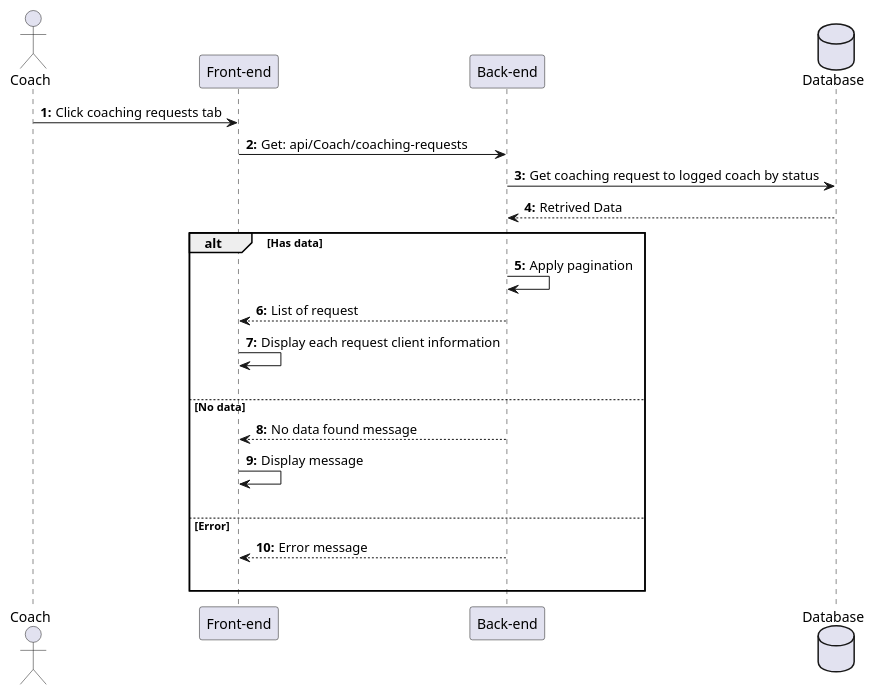
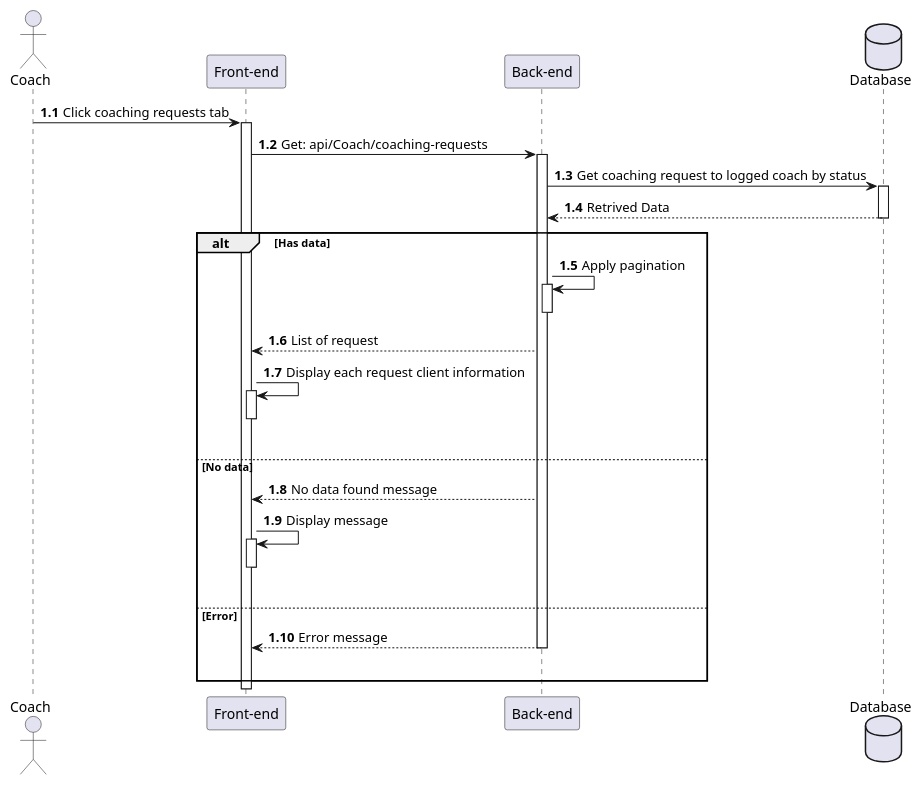
One commit to HTPhong-276/iCoaching-Diagrams changed the diagram in Sequences_diagrams/ViewCoachingRequest.pu. Above: the diagram before and after it, drawn with PlantUML. The commit also changed 49 other files, not shown here.

```diff
--- a/Sequences_diagrams/ViewCoachingRequest.pu
+++ b/Sequences_diagrams/ViewCoachingRequest.pu
@@ -1,31 +1,36 @@
 @startuml ViewCoachingRequests
 
 actor Coach as user
 participant "Front-end" as client
 participant "Back-end" as server 
 database "Database" as db
 
-autonumber "<b>0:"
+autonumber 1.1 "<b>0:"
 
-user -> client : Click coaching requests tab
-client -> server : Get: api/Coach/coaching-requests
-server -> db : Get coaching request to logged coach by status
+user -> client++ : Click coaching requests tab
+client -> server++ : Get: api/Coach/coaching-requests
+server -> db++ : Get coaching request to logged coach by status
 db --> server : Retrived Data
+deactivate
 
 alt Has data
-    server -> server : Apply pagination
+    server -> server++ : Apply pagination
+    deactivate
     server --> client : List of request
-    client -> client : Display each request client information
+    client -> client++ : Display each request client information
+    deactivate
     |||
 
 else No data
     server --> client : No data found message
-    client -> client : Display message 
+    client -> client++ : Display message
+    deactivate 
     |||
 
 else Error
     server --> client : Error message
+    deactivate
     |||
 end 
 
 @enduml
```
